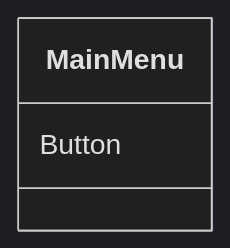
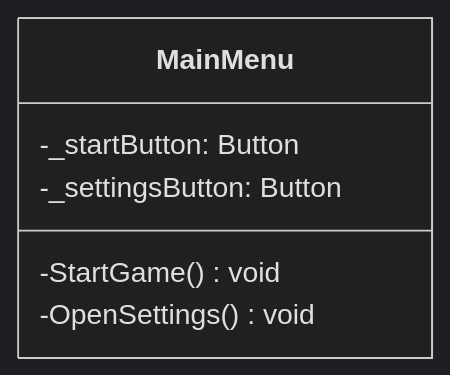
One commit to A-A-Tel/TheBizarreJourney-Godot changed the diagram in Scripts/Diagram.mmd. Above: the diagram before and after it, drawn with Mermaid (dark theme). The commit also changed 4 other files, not shown here.

Commit message:
Added the basic main menu diagram and model

```diff
--- a/Scripts/Diagram.mmd
+++ b/Scripts/Diagram.mmd
@@ -1,4 +1,8 @@
 classDiagram
     class MainMenu {
-        Button
+        -_startButton: Button
+        -_settingsButton: Button
+        
+        -StartGame() void
+        -OpenSettings() void
     }
```
